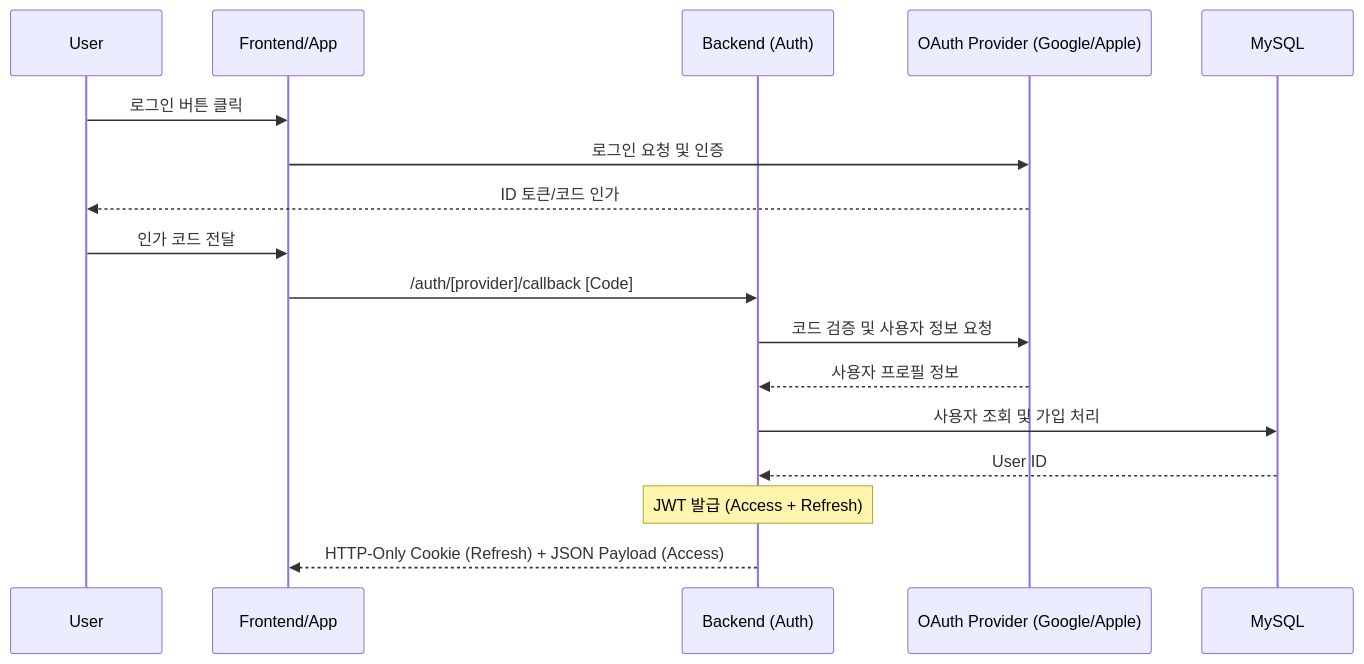
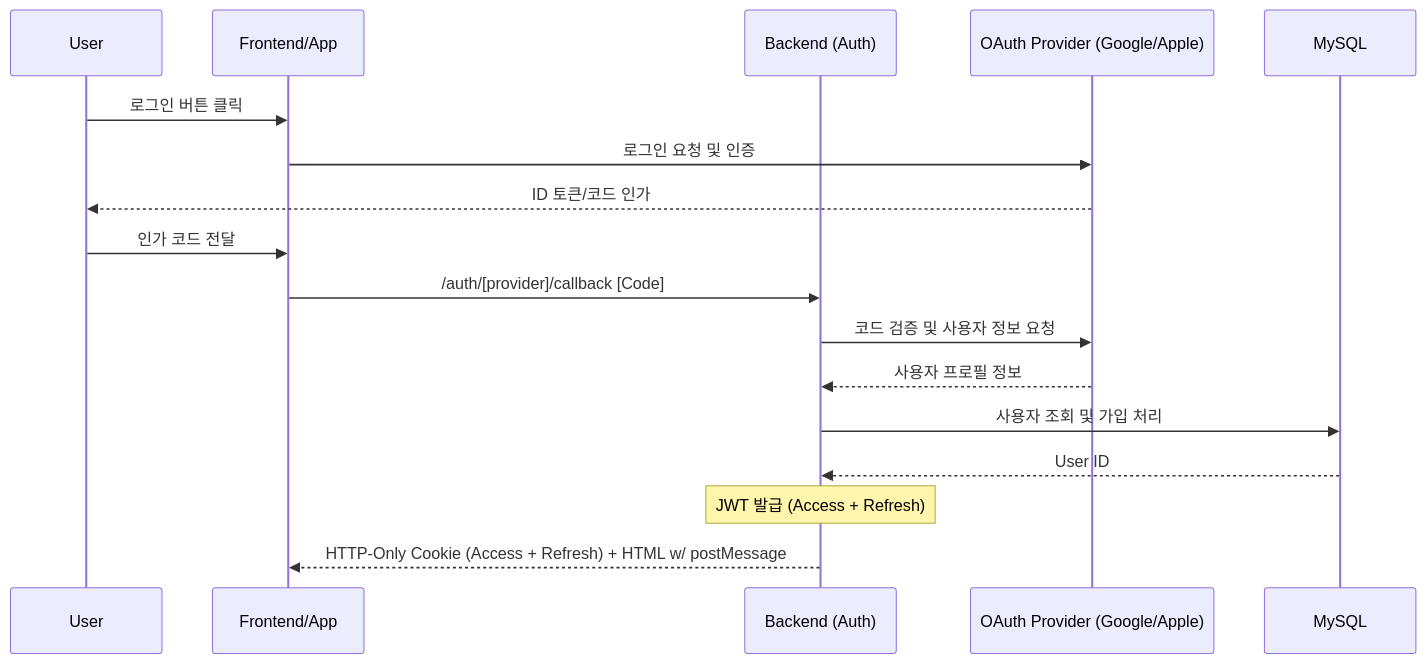
The diagram in docs/architecture/AUTH_JWT.md (TACO-FOR-ALL/GraphNode_BE), drawn with Mermaid before and after one commit. The commit also changed other lines of this file and 5 other files, not shown here.

````diff
--- a/docs/architecture/AUTH_JWT.md
+++ b/docs/architecture/AUTH_JWT.md
@@ -7,23 +7,23 @@
 ```mermaid
 sequenceDiagram
     participant User
     participant Client as Frontend/App
     participant API as Backend (Auth)
     participant OAuth as OAuth Provider (Google/Apple)
     participant DB as MySQL
 
     User->>Client: 로그인 버튼 클릭
     Client->>OAuth: 로그인 요청 및 인증
     OAuth-->>User: ID 토큰/코드 인가
     User->>Client: 인가 코드 전달
     Client->>API: /auth/[provider]/callback [Code]
     
     API->>OAuth: 코드 검증 및 사용자 정보 요청
     OAuth-->>API: 사용자 프로필 정보
     
     API->>DB: 사용자 조회 및 가입 처리
     DB-->>API: User ID
     
     Note over API: JWT 발급 (Access + Refresh)
-    API-->>Client: HTTP-Only Cookie (Refresh) + JSON Payload (Access)
+    API-->>Client: HTTP-Only Cookie (Access + Refresh) + HTML w/ postMessage
 ```
````
